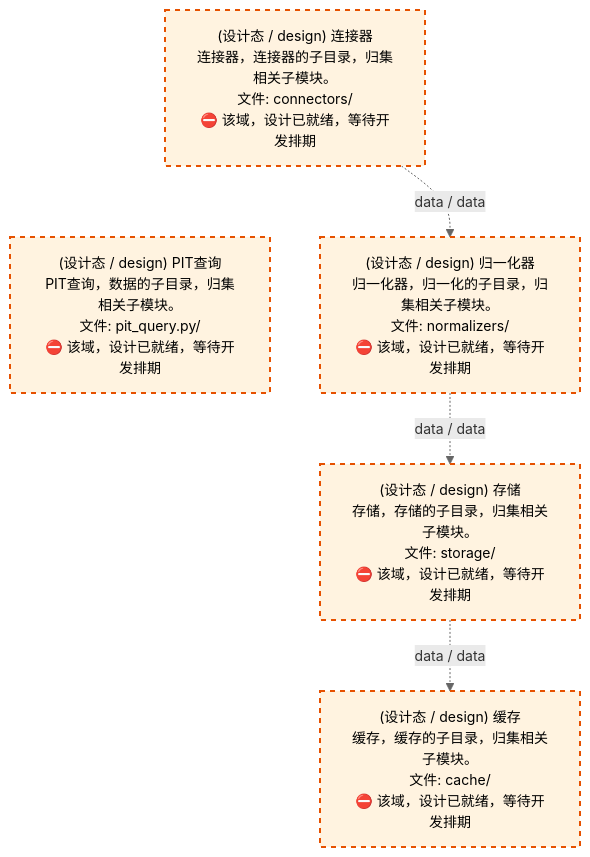
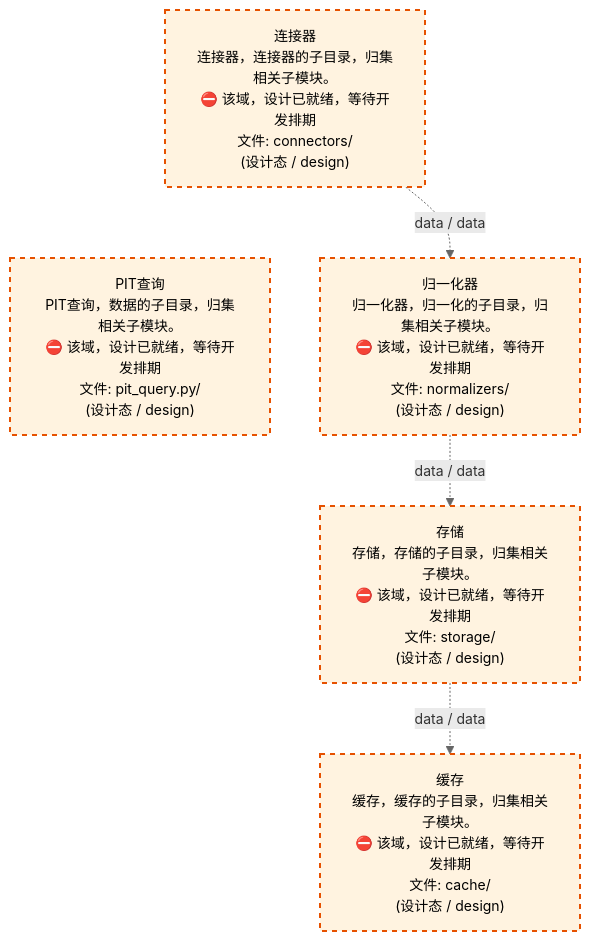
Before and after one commit to xuanFelixVan/ZephyrAlpha: the third of 4 diagrams in docs/02_enterprise_architecture/02_domain_architecture_docs/11_d_data.md, drawn with Mermaid. The commit also changed other lines of this file and 62 other files, not shown here.

````diff
--- a/docs/02_enterprise_architecture/02_domain_architecture_docs/11_d_data.md
+++ b/docs/02_enterprise_architecture/02_domain_architecture_docs/11_d_data.md
@@ -1293,18 +1293,18 @@
 ```mermaid
 %%{init: {'theme': 'base', 'themeVariables': {'primaryColor': '#eaeaea', 'primaryTextColor': '#333333', 'primaryBorderColor': '#666666', 'lineColor': '#666666', 'secondaryColor': '#eaeaea', 'tertiaryColor': '#eaeaea', 'fontSize': '14px'}}}%%
 flowchart TD
-    src_zephyr_data_connectors["(设计态 / design) 连接器<br/>连接器，连接器的子目录，归集相关子模块。<br/>文件: connectors/<br/>⛔ 该域，设计已就绪，等待开发排期"]
-    src_zephyr_data_pit_query_py["(设计态 / design) PIT查询<br/>PIT查询，数据的子目录，归集相关子模块。<br/>文件: pit_query.py/<br/>⛔ 该域，设计已就绪，等待开发排期"]
+    src_zephyr_data_connectors["连接器<br/>连接器，连接器的子目录，归集相关子模块。<br/>⛔ 该域，设计已就绪，等待开发排期<br/>文件: connectors/<br/>(设计态 / design)"]
+    src_zephyr_data_pit_query_py["PIT查询<br/>PIT查询，数据的子目录，归集相关子模块。<br/>⛔ 该域，设计已就绪，等待开发排期<br/>文件: pit_query.py/<br/>(设计态 / design)"]
     src_zephyr_data_connectors ~~~ src_zephyr_data_pit_query_py
-    src_zephyr_data_normalizers["(设计态 / design) 归一化器<br/>归一化器，归一化的子目录，归集相关子模块。<br/>文件: normalizers/<br/>⛔ 该域，设计已就绪，等待开发排期"]
-    src_zephyr_data_storage["(设计态 / design) 存储<br/>存储，存储的子目录，归集相关子模块。<br/>文件: storage/<br/>⛔ 该域，设计已就绪，等待开发排期"]
-    src_zephyr_data_cache["(设计态 / design) 缓存<br/>缓存，缓存的子目录，归集相关子模块。<br/>文件: cache/<br/>⛔ 该域，设计已就绪，等待开发排期"]
+    src_zephyr_data_normalizers["归一化器<br/>归一化器，归一化的子目录，归集相关子模块。<br/>⛔ 该域，设计已就绪，等待开发排期<br/>文件: normalizers/<br/>(设计态 / design)"]
+    src_zephyr_data_storage["存储<br/>存储，存储的子目录，归集相关子模块。<br/>⛔ 该域，设计已就绪，等待开发排期<br/>文件: storage/<br/>(设计态 / design)"]
+    src_zephyr_data_cache["缓存<br/>缓存，缓存的子目录，归集相关子模块。<br/>⛔ 该域，设计已就绪，等待开发排期<br/>文件: cache/<br/>(设计态 / design)"]
     src_zephyr_data_connectors -.->|data / data| src_zephyr_data_normalizers
     src_zephyr_data_normalizers -.->|data / data| src_zephyr_data_storage
     src_zephyr_data_storage -.->|data / data| src_zephyr_data_cache
     classDef production fill:#e1f5fe,stroke:#01579b,stroke-width:2px,color:#000
     classDef design fill:#fff3e0,stroke:#e65100,stroke-width:2px,color:#000,stroke-dasharray: 5 5
     classDef external_prod fill:#e8f4fd,stroke:#0277bd,stroke-width:1px,color:#000
     classDef external_design fill:#fff8e7,stroke:#ef6c00,stroke-width:1px,color:#000,stroke-dasharray: 5 5
     class src_zephyr_data_cache,src_zephyr_data_connectors,src_zephyr_data_normalizers,src_zephyr_data_pit_query_py,src_zephyr_data_storage design
 ```
````
